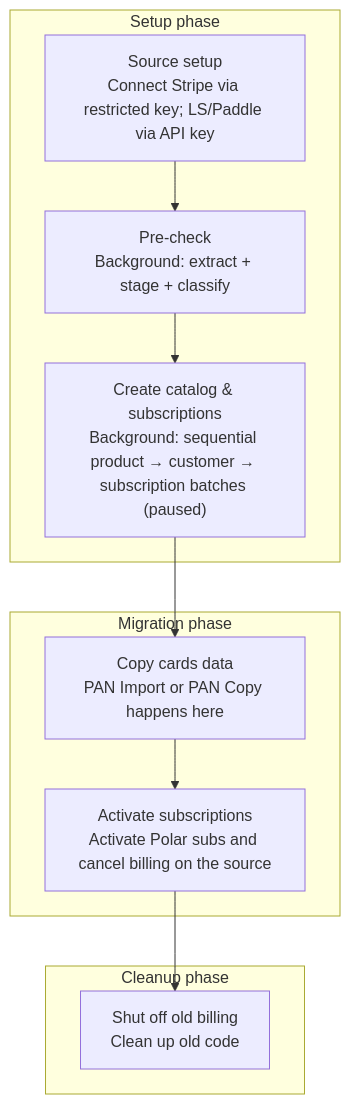
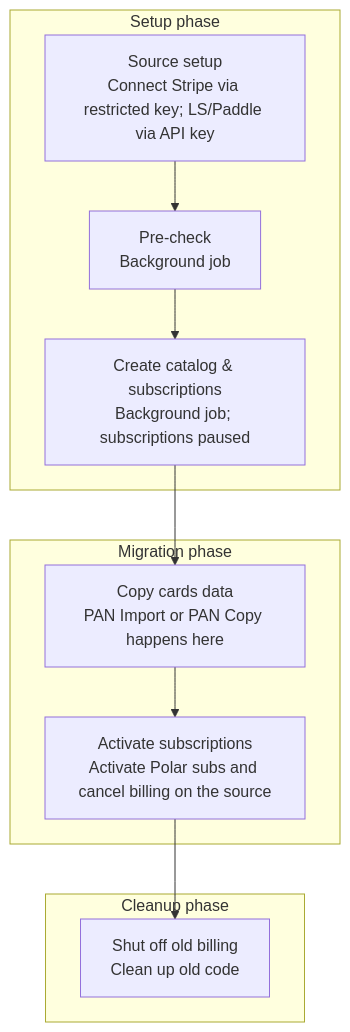
The first of 2 diagrams in handbook/engineering/design-documents/merchant-migrations.mdx (polarsource/polar), drawn with Mermaid before and after one commit. The commit also changed other lines of this file, not shown here.

First line of the commit message:
docs: shorten merchant migration background jobs section

````diff
--- a/handbook/engineering/design-documents/merchant-migrations.mdx
+++ b/handbook/engineering/design-documents/merchant-migrations.mdx
@@ -38,19 +38,19 @@
 ```mermaid
 flowchart TB
   subgraph S["Setup phase"]
     A["Source setup<br/>Connect Stripe via restricted key; LS/Paddle via API key"]
-    B["Pre-check<br/>Background: extract + stage + classify"]
-    C["Create catalog & subscriptions<br/>Background: sequential product → customer → subscription batches (paused)"]
+    B["Pre-check<br/>Background job"]
+    C["Create catalog & subscriptions<br/>Background job; subscriptions paused"]
     A --> B --> C
   end
   subgraph M["Migration phase"]
     D["Copy cards data<br/>PAN Import or PAN Copy happens here"]
     E["Activate subscriptions<br/>Activate Polar subs and cancel billing on the source"]
     D --> E
   end
   subgraph CL["Cleanup phase"]
     F["Shut off old billing<br/>Clean up old code"]
   end
   C --> D
   E --> F
 ```
````
